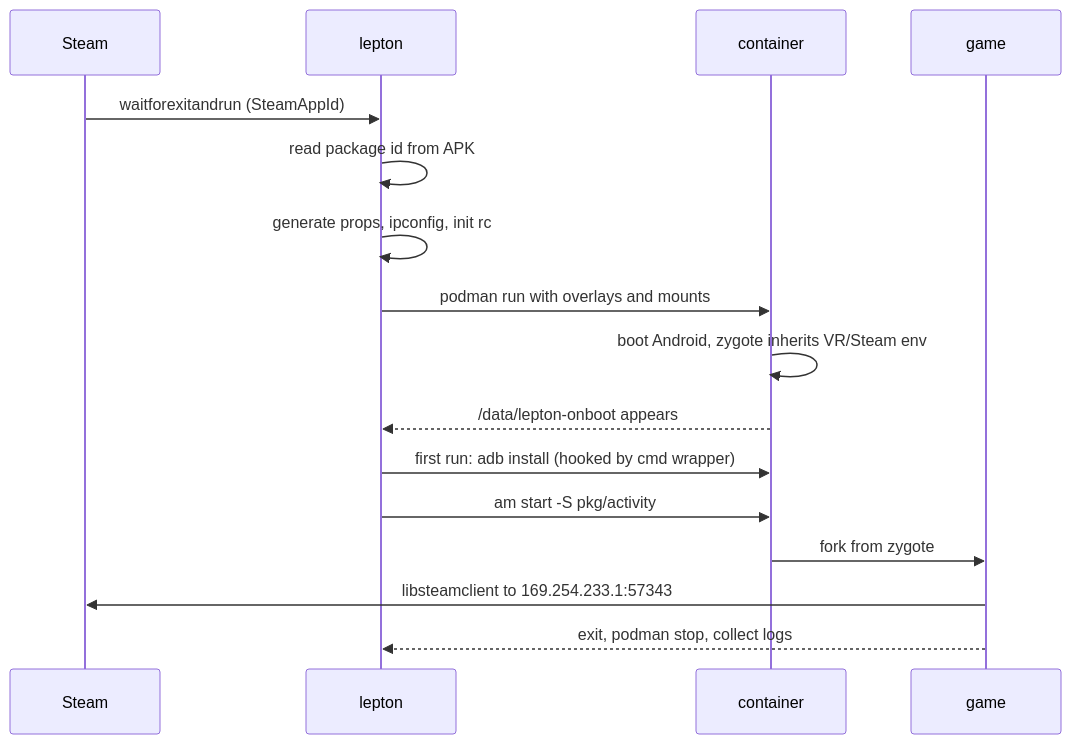
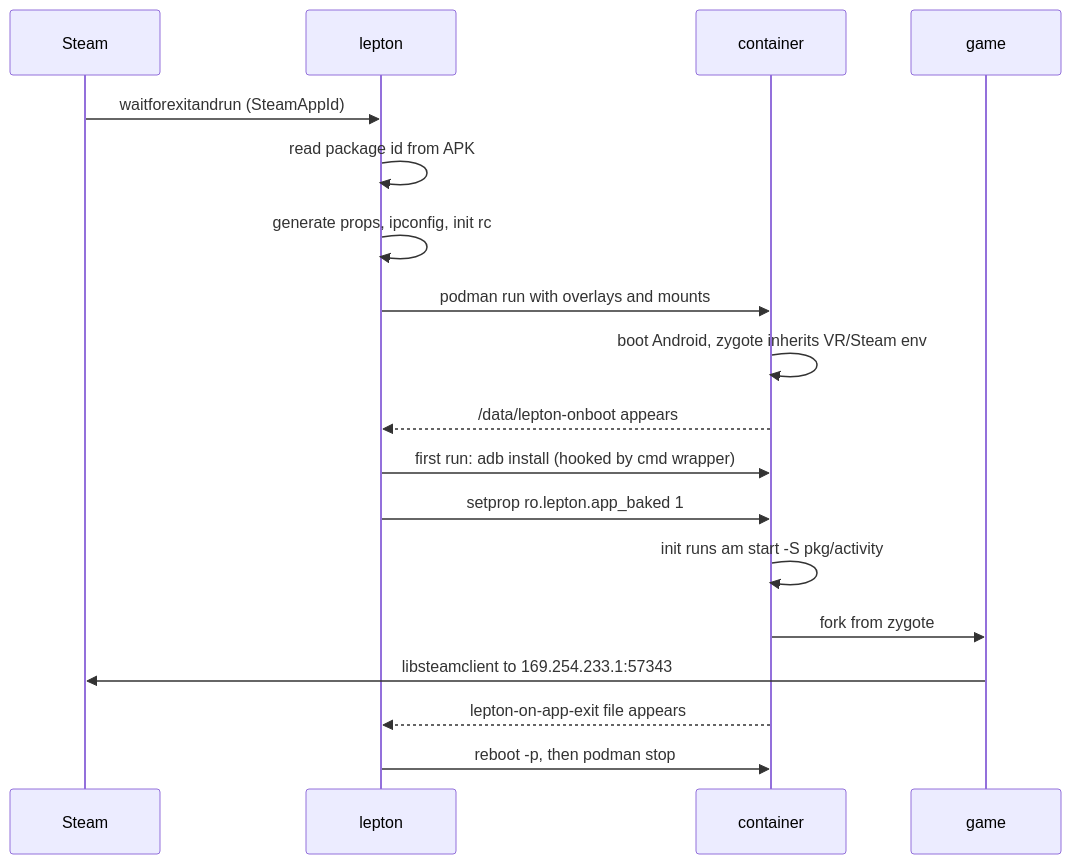
One commit to utzcoz/utzcoz.github.io changed the second of 4 diagrams in _posts/2026-09-04-steam-frame-lepton-architecture.md. Above: the diagram before and after it, drawn with Mermaid. The commit also changed other lines of this file, not shown here.

First line of the commit message:
Second accuracy pass on the Lepton post

````diff
--- a/_posts/2026-09-04-steam-frame-lepton-architecture.md
+++ b/_posts/2026-09-04-steam-frame-lepton-architecture.md
@@ -185,19 +186,21 @@
 ```mermaid
 sequenceDiagram
     participant S as Steam
     participant L as lepton
     participant C as container
     participant G as game
 
     S->>L: waitforexitandrun (SteamAppId)
     L->>L: read package id from APK
     L->>L: generate props, ipconfig, init rc
     L->>C: podman run with overlays and mounts
     C->>C: boot Android, zygote inherits VR/Steam env
     C-->>L: /data/lepton-onboot appears
     L->>C: first run: adb install (hooked by cmd wrapper)
-    L->>C: am start -S pkg/activity
+    L->>C: setprop ro.lepton.app_baked 1
+    C->>C: init runs am start -S pkg/activity
     C->>G: fork from zygote
     G->>S: libsteamclient to 169.254.233.1:57343
-    G-->>L: exit, podman stop, collect logs
+    C-->>L: lepton-on-app-exit file appears
+    L->>C: reboot -p, then podman stop
 ```
````
